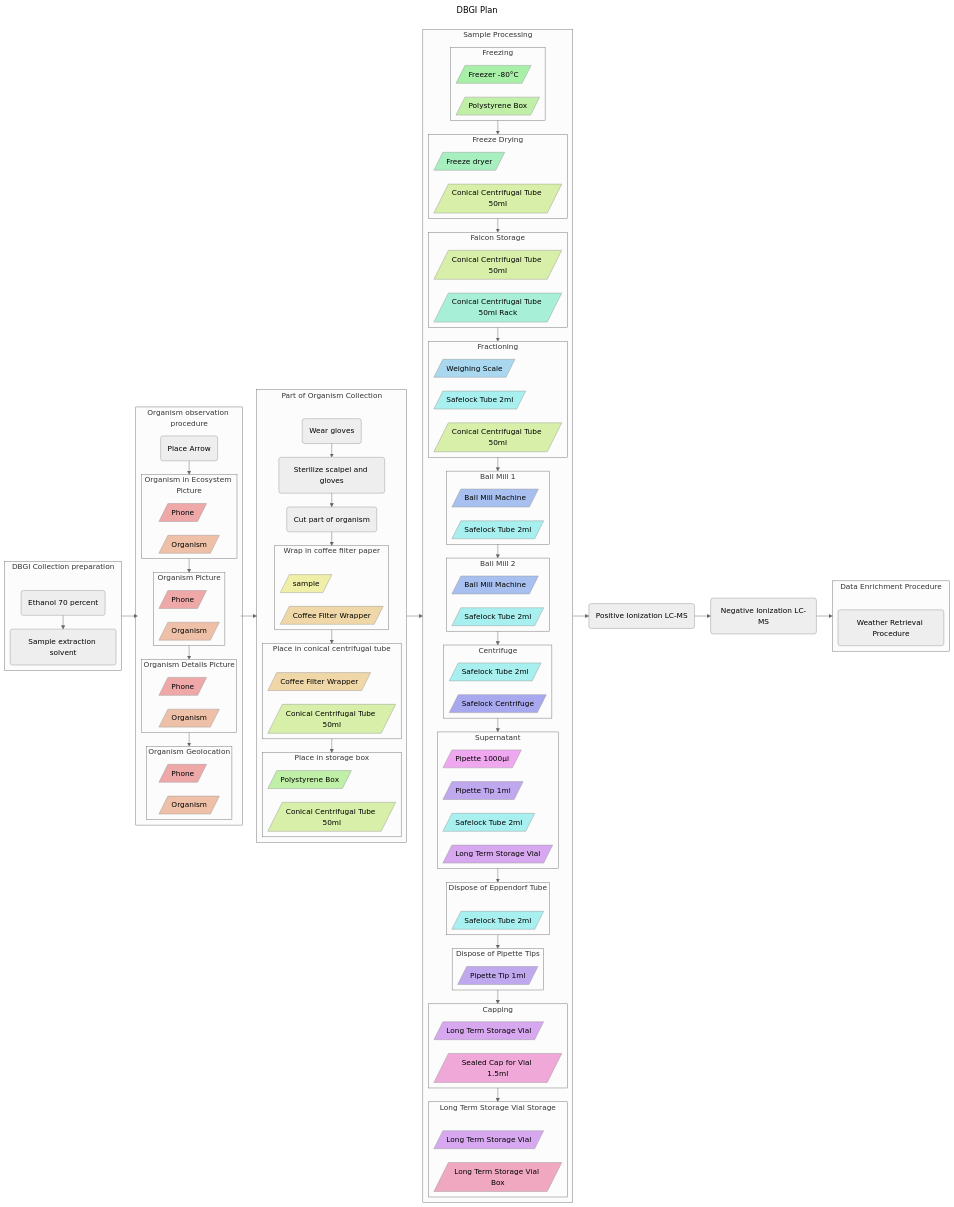
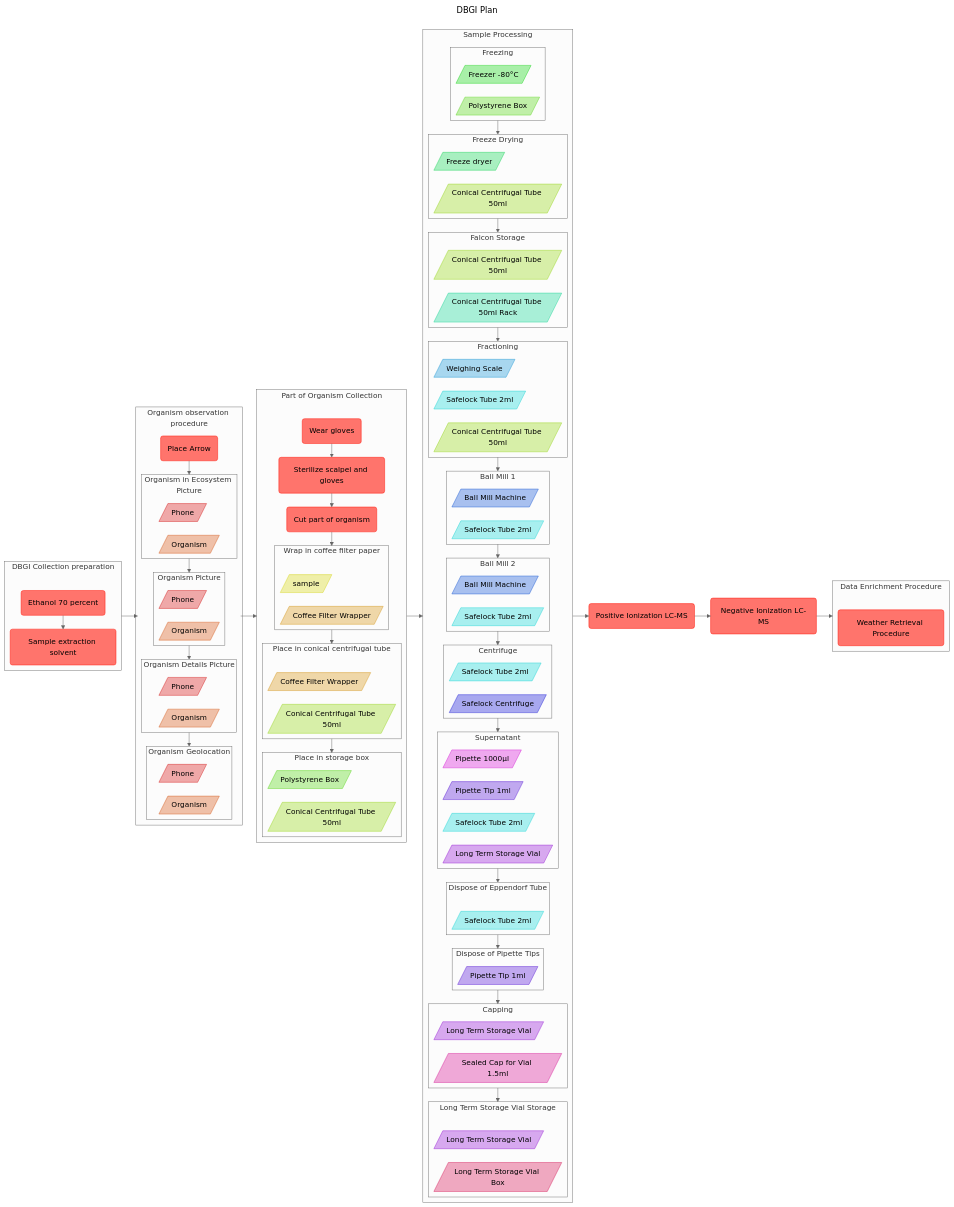
The diagram in data_migrations/init_migration/test_init_migration_flowchart.mermaid (earth-metabolome-initiative/emi-monorepo), drawn with Mermaid (neutral theme) before and after one commit. The commit also changed 2 other files, not shown here.

```diff
--- a/data_migrations/init_migration/test_init_migration_flowchart.mermaid
+++ b/data_migrations/init_migration/test_init_migration_flowchart.mermaid
@@ -5,28 +5,31 @@
     defaultRenderer: "elk"
 ---
 flowchart LR
-classDef t0 fill: #efa8a8
-classDef t1 fill: #efc0a8
-classDef t2 fill: #efd7a8
-classDef t3 fill: #efefa8
-classDef t4 fill: #d7efa8
-classDef t5 fill: #c0efa8
-classDef t6 fill: #a8efa8
-classDef t7 fill: #a8efc0
-classDef t8 fill: #a8efd7
-classDef t9 fill: #a8efef
-classDef t10 fill: #a8d7ef
-classDef t11 fill: #a8c0ef
-classDef t12 fill: #a8a8ef
-classDef t13 fill: #c0a8ef
-classDef t14 fill: #d7a8ef
-classDef t15 fill: #efa8ef
-classDef t16 fill: #efa8d7
-classDef t17 fill: #efa8c0
+classDef procedure_model fill: #ff746c,stroke: #ff1305
+classDef t0 fill: #efa8a8,stroke: #d62727
+classDef t1 fill: #efc0a8,stroke: #d66227
+classDef t2 fill: #efd7a8,stroke: #d69b27
+classDef t3 fill: #efefa8,stroke: #d6d627
+classDef t4 fill: #d7efa8,stroke: #9bd627
+classDef t5 fill: #c0efa8,stroke: #62d627
+classDef t6 fill: #a8efa8,stroke: #27d627
+classDef t7 fill: #a8efc0,stroke: #27d662
+classDef t8 fill: #a8efd7,stroke: #27d69b
+classDef t9 fill: #a8efef,stroke: #27d6d6
+classDef t10 fill: #a8d7ef,stroke: #279bd6
+classDef t11 fill: #a8c0ef,stroke: #2762d6
+classDef t12 fill: #a8a8ef,stroke: #2727d6
+classDef t13 fill: #c0a8ef,stroke: #6227d6
+classDef t14 fill: #d7a8ef,stroke: #9b27d6
+classDef t15 fill: #efa8ef,stroke: #d627d6
+classDef t16 fill: #efa8d7,stroke: #d6279b
+classDef t17 fill: #efa8c0,stroke: #d62762
 subgraph v2 ["`DBGI Collection preparation`"]
     direction TB
     v0@{shape: rounded, label: "Ethanol 70 percent"}
+class v0 procedure_model
     v1@{shape: rounded, label: "Sample extraction solvent"}
+class v1 procedure_model
 end
 subgraph v40 ["`Sample Processing`"]
     direction TB
@@ -118,10 +121,13 @@
 end
 end
 v41@{shape: rounded, label: "Positive Ionization LC-MS"}
+class v41 procedure_model
 v42@{shape: rounded, label: "Negative Ionization LC-MS"}
+class v42 procedure_model
 subgraph v56 ["`Organism observation procedure`"]
     direction TB
     v43@{shape: rounded, label: "Place Arrow"}
+class v43 procedure_model
     subgraph v46 ["`Organism in Ecosystem Picture`"]
     direction LR
     v44@{shape: lean-r, label: "Phone"}
@@ -154,8 +160,11 @@
 subgraph v69 ["`Part of Organism Collection`"]
     direction TB
     v57@{shape: rounded, label: "Wear gloves"}
+class v57 procedure_model
     v58@{shape: rounded, label: "Sterilize scalpel and gloves"}
+class v58 procedure_model
     v59@{shape: rounded, label: "Cut part of organism"}
+class v59 procedure_model
     subgraph v62 ["`Wrap in coffee filter paper`"]
     direction LR
     v60@{shape: lean-r, label: "Coffee Filter Wrapper"}
@@ -181,6 +190,7 @@
 subgraph v71 ["`Data Enrichment Procedure`"]
     direction TB
     v70@{shape: rounded, label: "Weather Retrieval Procedure"}
+class v70 procedure_model
 end
 v0 e0@---> v1
 v5 e1@---> v8
```
